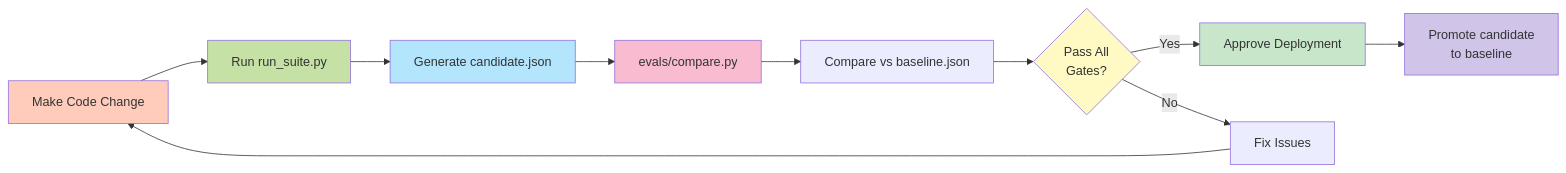
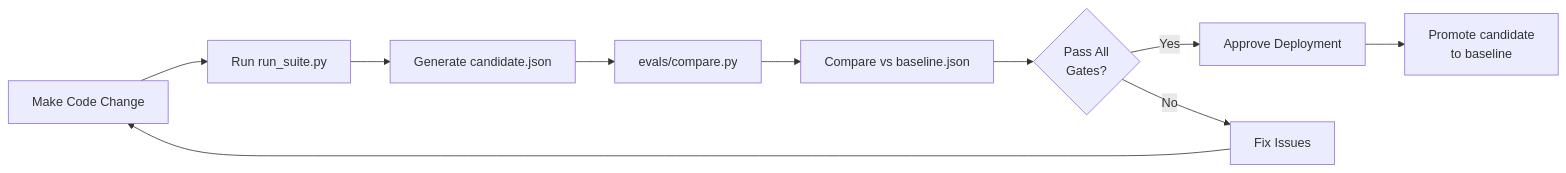
Before and after one commit to srummanf/RAG-Eval-Suite-Using-DeepEval: the fifth of 5 diagrams in README.md, drawn with Mermaid. The commit also changed other lines of this file, not shown here.

````diff
--- a/README.md
+++ b/README.md
@@ -2371,20 +2348,13 @@
 ```mermaid
 flowchart LR
     A["Make Code Change"] --> B["Run run_suite.py"]
     B --> C["Generate candidate.json"]
     C --> D["evals/compare.py"]
     D --> E["Compare vs baseline.json"]
     E --> F{Pass All<br/>Gates?}
     F -->|Yes| G["Approve Deployment"]
     F -->|No| H["Fix Issues"]
     H --> A
     G --> I["Promote candidate<br/>to baseline"]
   
-    style A fill:#ffccbc
-    style B fill:#c5e1a5
-    style C fill:#b3e5fc
-    style D fill:#f8bbd0
-    style F fill:#fff9c4
-    style G fill:#c8e6c9
-    style I fill:#d1c4e9
 ```
````
